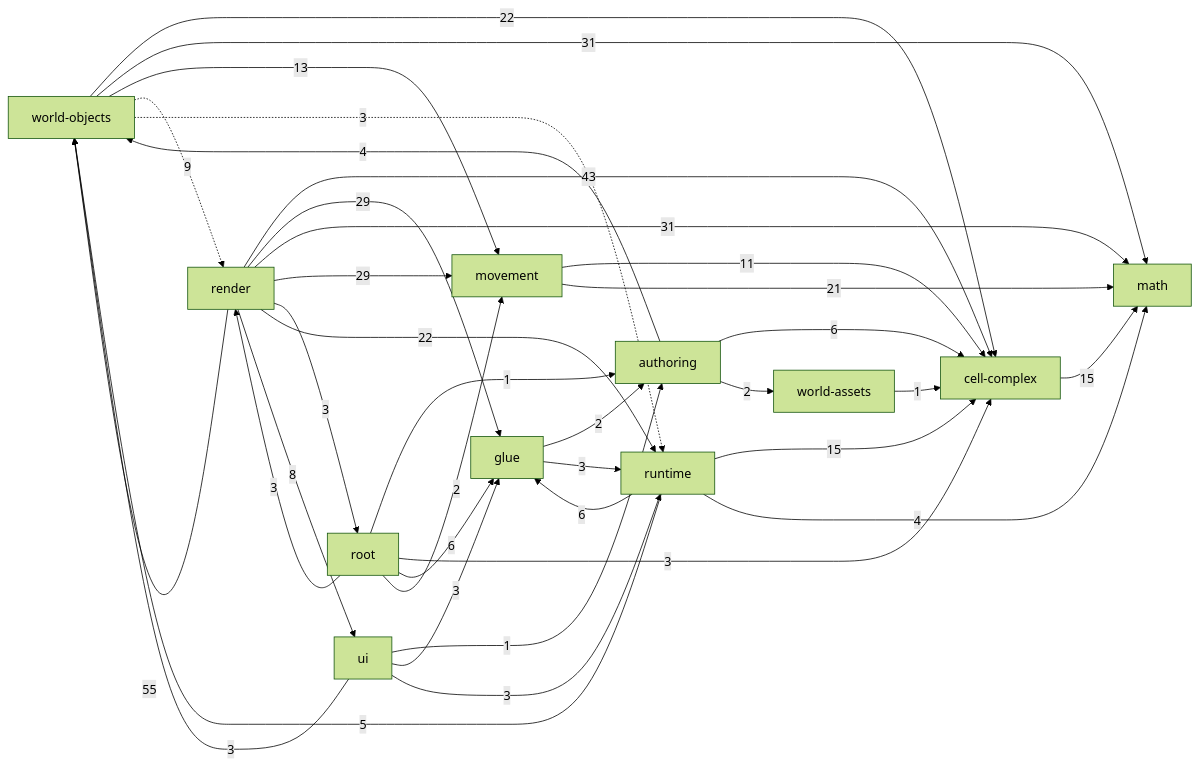
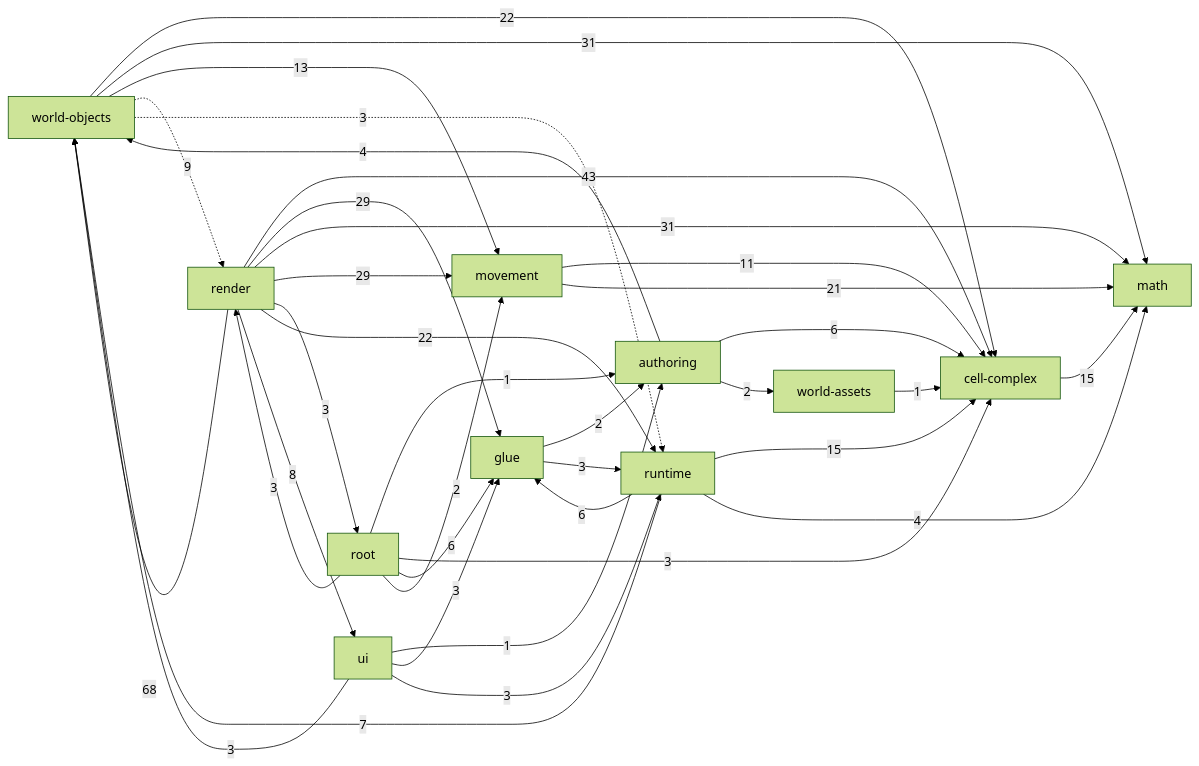
One commit to guraltsev/noneuclid-fpv changed the diagram in _docs/generated/ARCHITECTURE_REFERENCE.md. Above: the diagram before and after it, drawn with Mermaid (forest theme). The commit also changed other lines of this file and 29 other files, not shown here.

````diff
--- a/_docs/generated/ARCHITECTURE_REFERENCE.md
+++ b/_docs/generated/ARCHITECTURE_REFERENCE.md
@@ -32,49 +32,49 @@
 ```mermaid
 flowchart LR
   math["math"]
   cell_complex["cell-complex"]
   movement["movement"]
   world_assets["world-assets"]
   world_objects["world-objects"]
   authoring["authoring"]
   runtime["runtime"]
   ui["ui"]
   glue["glue"]
   render["render"]
   root["root"]
   authoring -->|6| cell_complex
   authoring -->|2| world_assets
   authoring -->|4| world_objects
   cell_complex -->|15| math
   glue -->|2| authoring
   glue -->|3| runtime
   movement -->|11| cell_complex
   movement -->|21| math
   render -->|43| cell_complex
   render -->|29| glue
   render -->|31| math
   render -->|29| movement
   render -->|3| root
   render -->|22| runtime
   render -->|8| ui
-  render -->|55| world_objects
+  render -->|68| world_objects
   root -->|1| authoring
   root -->|3| cell_complex
   root -->|6| glue
   root -->|2| movement
   root -->|3| render
   runtime -->|15| cell_complex
   runtime -->|6| glue
   runtime -->|4| math
-  runtime -->|5| world_objects
+  runtime -->|7| world_objects
   ui -->|1| authoring
   ui -->|3| glue
   ui -->|3| runtime
   ui -->|3| world_objects
   world_assets -->|1| cell_complex
   world_objects -->|22| cell_complex
   world_objects -->|31| math
   world_objects -->|13| movement
   world_objects -.->|9| render
   world_objects -.->|3| runtime
 ```
````
